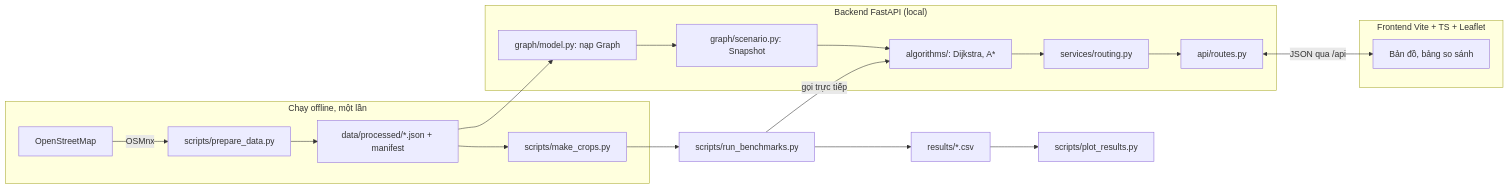
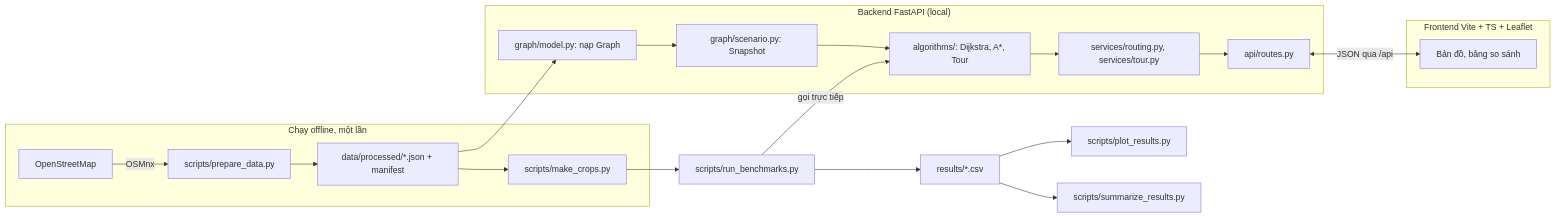
The diagram in docs/ARCHITECTURE.md (NeitLN/SaiGo), drawn with Mermaid before and after one commit. The commit also changed other lines of this file, not shown here.

Commit message:
T81: ARCHITECTURE khớp code trên main (module, API, luồng request, kiểm thử)

````diff
--- a/docs/ARCHITECTURE.md
+++ b/docs/ARCHITECTURE.md
@@ -7,22 +7,23 @@
 ```mermaid
 flowchart LR
     subgraph Offline["Chạy offline, một lần"]
         OSM["OpenStreetMap"] -->|OSMnx| PREP["scripts/prepare_data.py"]
         PREP --> JSON["data/processed/*.json + manifest"]
         JSON --> CROP["scripts/make_crops.py"]
     end
     subgraph Server["Backend FastAPI (local)"]
         LOAD["graph/model.py: nạp Graph"] --> SNAP["graph/scenario.py: Snapshot"]
-        SNAP --> ALG["algorithms/: Dijkstra, A*"]
-        ALG --> SVC["services/routing.py"]
+        SNAP --> ALG["algorithms/: Dijkstra, A*, Tour"]
+        ALG --> SVC["services/routing.py, services/tour.py"]
         SVC --> API["api/routes.py"]
     end
     subgraph Browser["Frontend Vite + TS + Leaflet"]
         UI["Bản đồ, bảng so sánh"]
     end
     JSON --> LOAD
     API <-->|JSON qua /api| UI
     CROP --> BENCH["scripts/run_benchmarks.py"]
     BENCH -->|gọi trực tiếp| ALG
     BENCH --> RES["results/*.csv"] --> PLOT["scripts/plot_results.py"]
+    RES --> SUM["scripts/summarize_results.py"]
 ```
````
